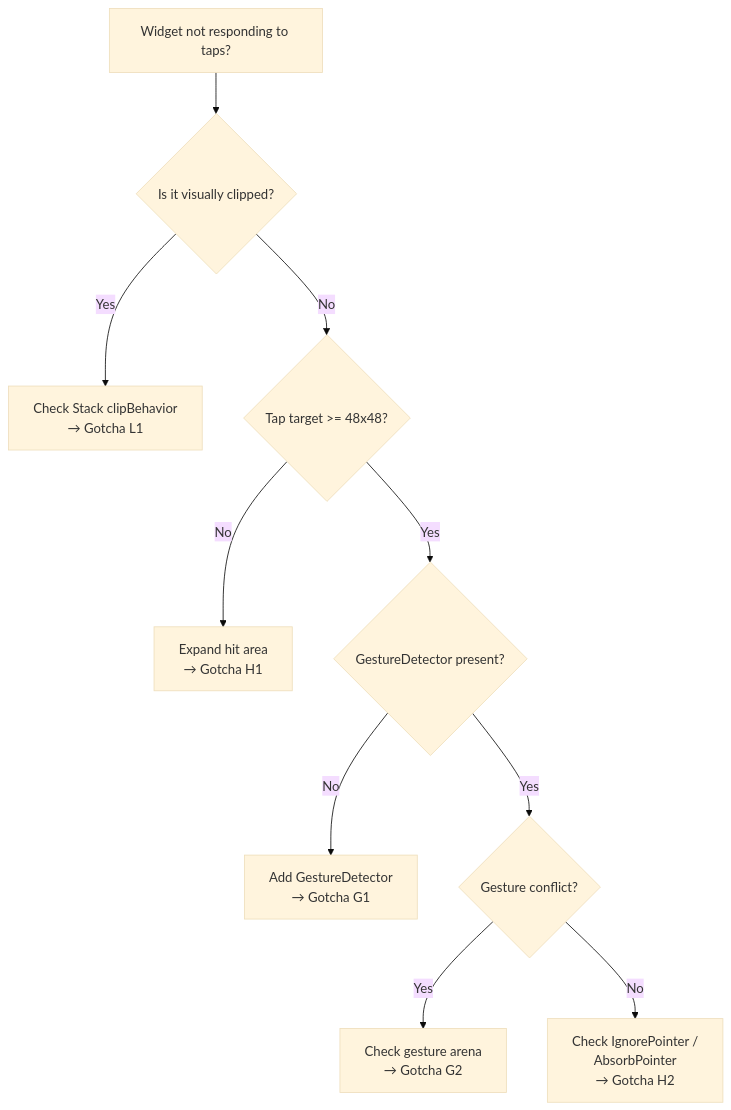
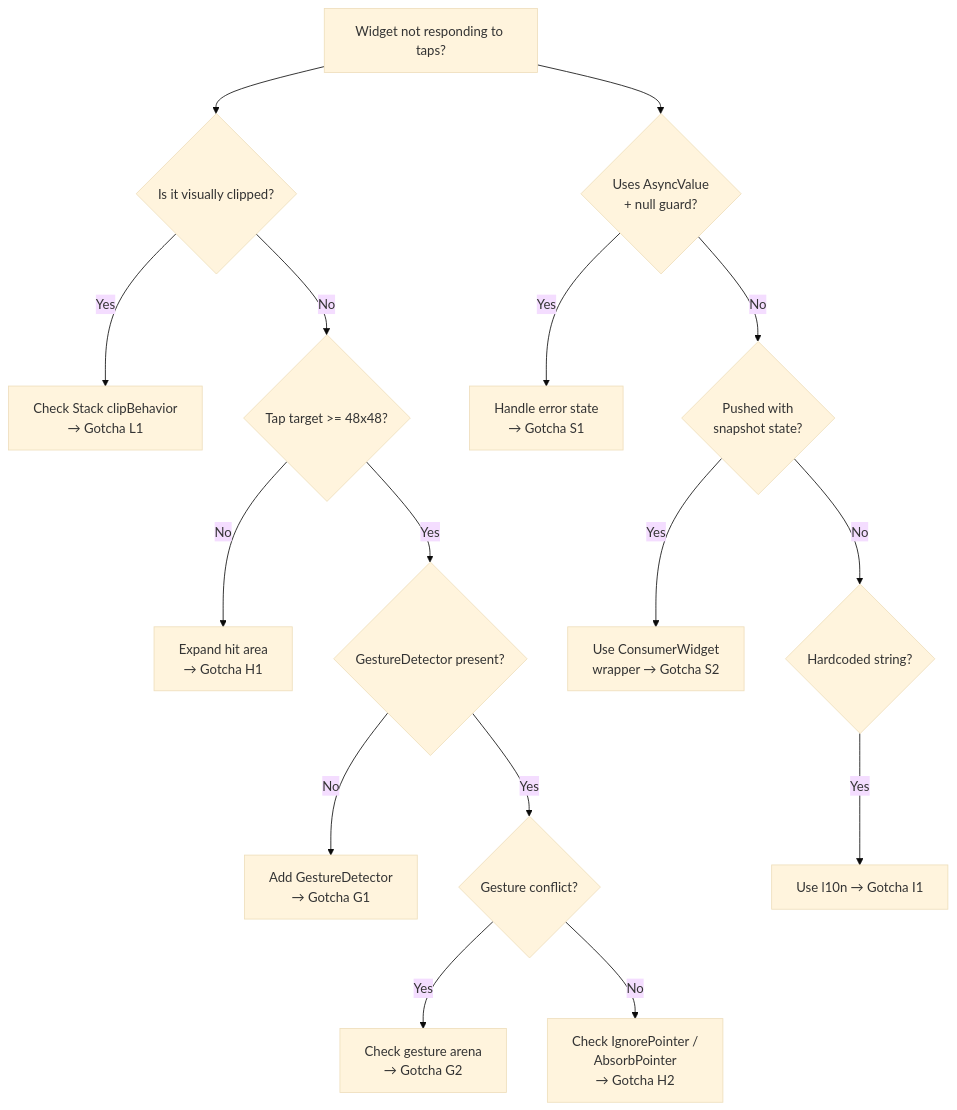
One commit to Lsh0x/blueprint changed the diagram in patterns/flutter-ui-gotchas.md. Above: the diagram before and after it, drawn with Mermaid (base theme). The commit also changed other lines of this file and 3 other files, not shown here.

````diff
--- a/patterns/flutter-ui-gotchas.md
+++ b/patterns/flutter-ui-gotchas.md
@@ -31,13 +31,19 @@
 ```mermaid
 flowchart TD
     A["Widget not responding to taps?"]
     A --> B{"Is it visually clipped?"}
     B -->|Yes| C["Check Stack clipBehavior\n→ Gotcha L1"]
     B -->|No| D{"Tap target >= 48x48?"}
     D -->|No| E["Expand hit area\n→ Gotcha H1"]
     D -->|Yes| F{"GestureDetector present?"}
     F -->|No| G["Add GestureDetector\n→ Gotcha G1"]
     F -->|Yes| H{"Gesture conflict?"}
     H -->|Yes| I["Check gesture arena\n→ Gotcha G2"]
     H -->|No| J["Check IgnorePointer /\nAbsorbPointer\n→ Gotcha H2"]
+    A --> K{"Uses AsyncValue\n+ null guard?"}
+    K -->|Yes| L["Handle error state\n→ Gotcha S1"]
+    K -->|No| M{"Pushed with\nsnapshot state?"}
+    M -->|Yes| N["Use ConsumerWidget\nwrapper → Gotcha S2"]
+    M -->|No| O{"Hardcoded string?"}
+    O -->|Yes| P["Use l10n → Gotcha I1"]
 ```
````
